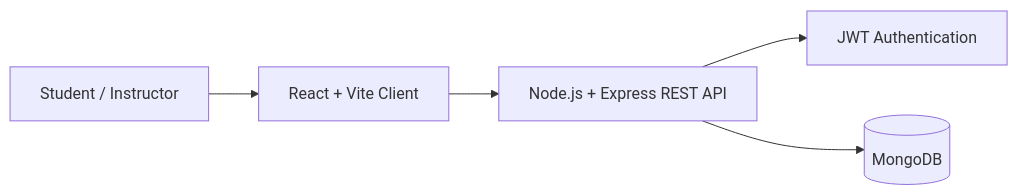
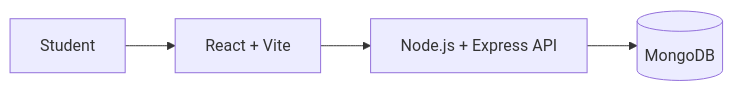
Before and after one commit to harshmaurya-dev/sprint13-prodesk-capstone-educore-lms: the diagram in README.md, drawn with Mermaid. The commit also changed other lines of this file, not shown here.

````diff
--- a/README.md
+++ b/README.md
@@ -81,7 +41,6 @@
 ```mermaid
 flowchart LR
-    U[Student / Instructor] --> FE[React + Vite Client]
-    FE --> API[Node.js + Express REST API]
-    API --> AUTH[JWT Authentication]
+    Student --> React[React + Vite]
+    React --> API[Node.js + Express API]
     API --> DB[(MongoDB)]
 ```
````
